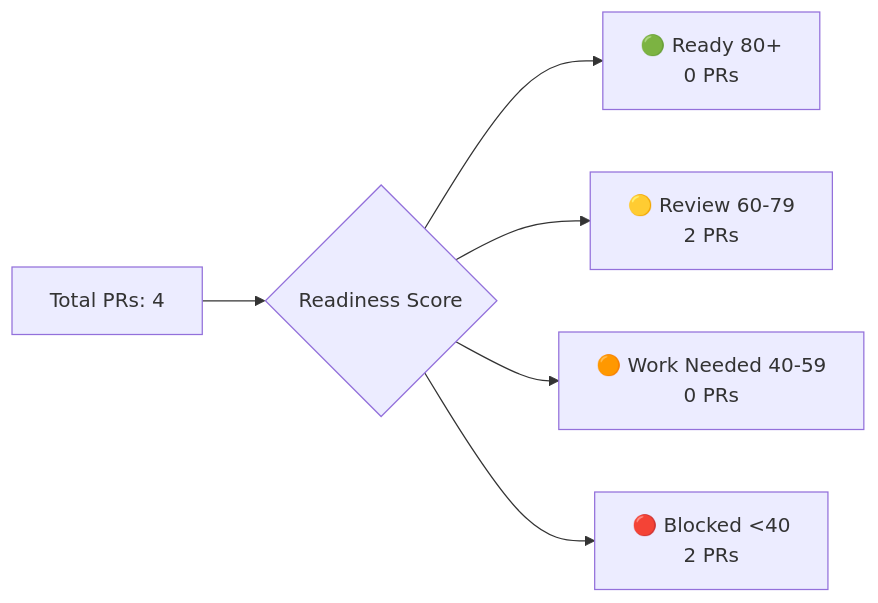
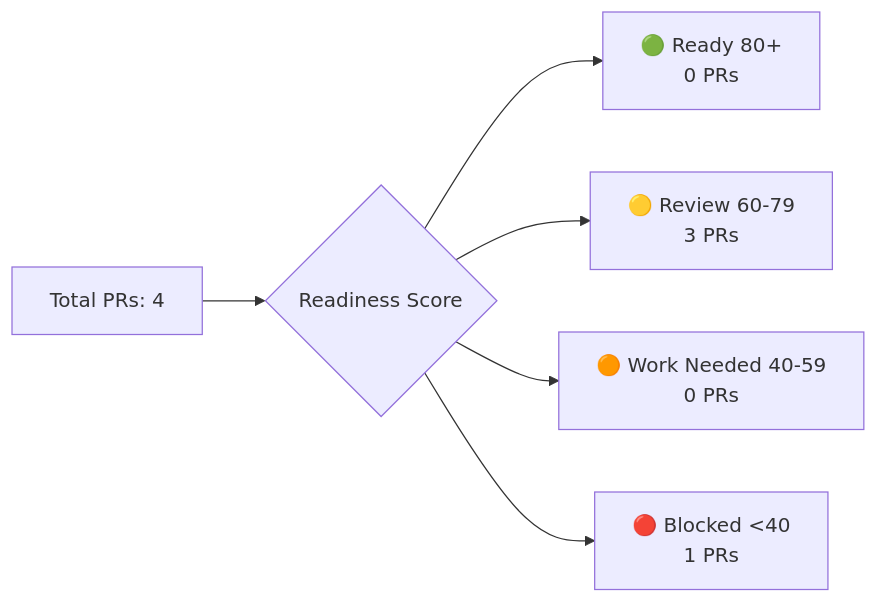
One commit to Nitsur10/invoice-dashboard-deploy changed the third of 4 diagrams in docs/tracker.md. Above: the diagram before and after it, drawn with Mermaid. The commit also changed other lines of this file and 1 other file, not shown here.

First line of the commit message:
chore(tracker): update portfolio dashboard - 4 PRs, 6 issues

````diff
--- a/docs/tracker.md
+++ b/docs/tracker.md
@@ -40,8 +40,8 @@
 ```mermaid
 graph LR
     A[Total PRs: 4] --> B{Readiness Score}
     B --> C[🟢 Ready 80+<br/>0 PRs]
-    B --> D[🟡 Review 60-79<br/>2 PRs]
+    B --> D[🟡 Review 60-79<br/>3 PRs]
     B --> E[🟠 Work Needed 40-59<br/>0 PRs]
-    B --> F[🔴 Blocked <40<br/>2 PRs]
+    B --> F[🔴 Blocked <40<br/>1 PRs]
 ```
````
